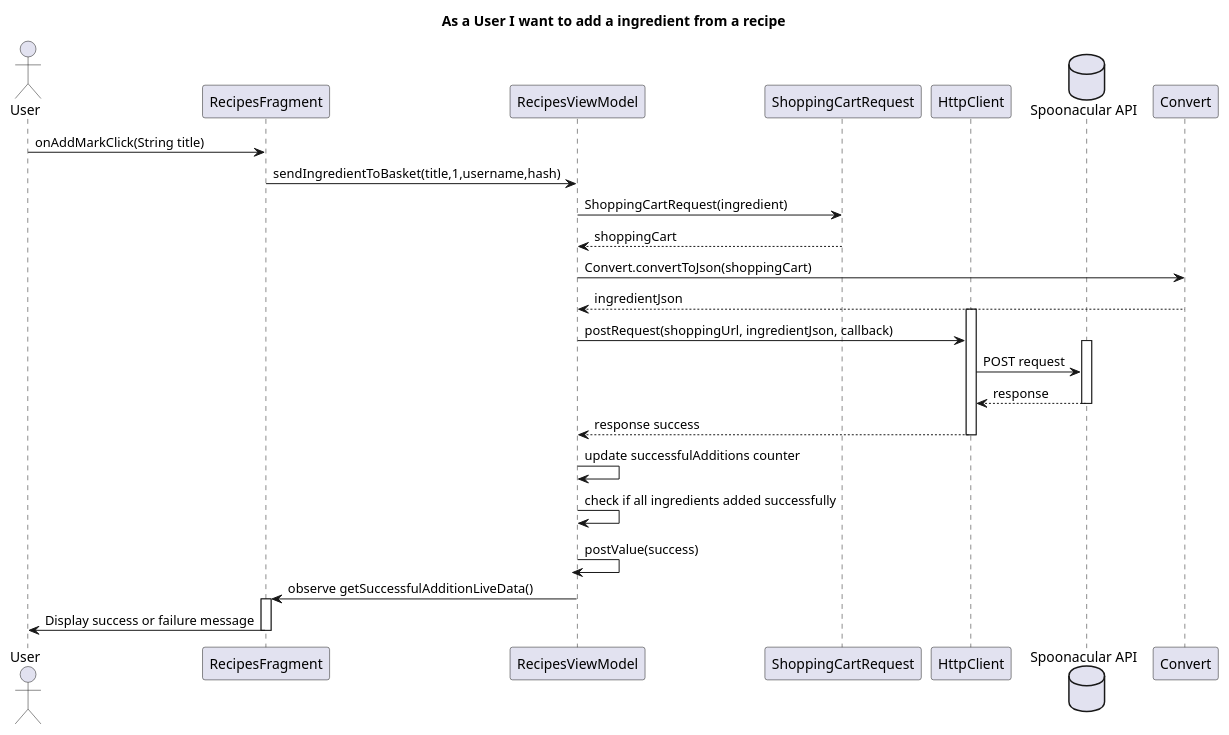
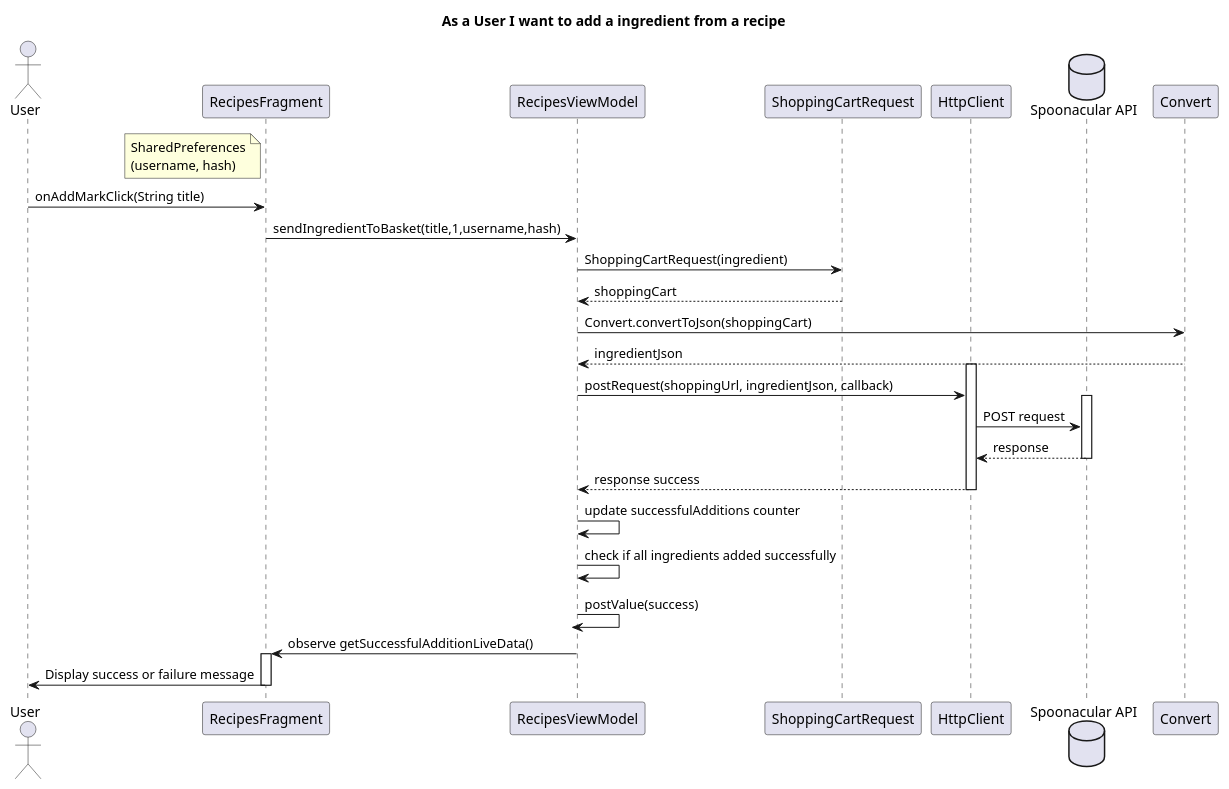
Before and after one commit to IsepMartimOliveira/DSSMV_ProjectDroid_1181754: the diagram in Documents/US/US05/SD.puml, drawn with PlantUML. The commit also changed 2 other files, not shown here.

```diff
--- a/Documents/US/US05/SD.puml
+++ b/Documents/US/US05/SD.puml
@@ -1,40 +1,41 @@
 @startuml
 actor User as User
 title As a User I want to add a ingredient from a recipe
 
 participant "RecipesFragment" as GalleryFragment
 participant "RecipesViewModel" as GalleryViewModel
 participant "ShoppingCartRequest" as ShoppingCart
 
 participant "HttpClient" as HttpClient
 database "Spoonacular API" as Server
 participant "Convert" as Convert
+Note left of GalleryFragment: SharedPreferences\n(username, hash)
 
 User -> GalleryFragment: onAddMarkClick(String title)
 GalleryFragment -> GalleryViewModel: sendIngredientToBasket(title,1,username,hash)
 GalleryViewModel->ShoppingCart:ShoppingCartRequest(ingredient)
 ShoppingCart-->GalleryViewModel: shoppingCart
 GalleryViewModel->Convert:Convert.convertToJson(shoppingCart)
 Convert-->GalleryViewModel:ingredientJson
 
 activate HttpClient
 
 GalleryViewModel -> HttpClient: postRequest(shoppingUrl, ingredientJson, callback)
 activate Server
 
 HttpClient->Server:POST request
 Server-->"HttpClient":response
 
 deactivate Server
 HttpClient --> GalleryViewModel: response success
 deactivate HttpClient
 GalleryViewModel -> GalleryViewModel: update successfulAdditions counter
 GalleryViewModel -> GalleryViewModel: check if all ingredients added successfully
 GalleryViewModel -> GalleryViewModel: postValue(success)
 deactivate GalleryViewModel
 GalleryViewModel -> GalleryFragment: observe getSuccessfulAdditionLiveData()
 activate GalleryFragment
 GalleryFragment -> User: Display success or failure message
 deactivate GalleryFragment
 
 @enduml
```
